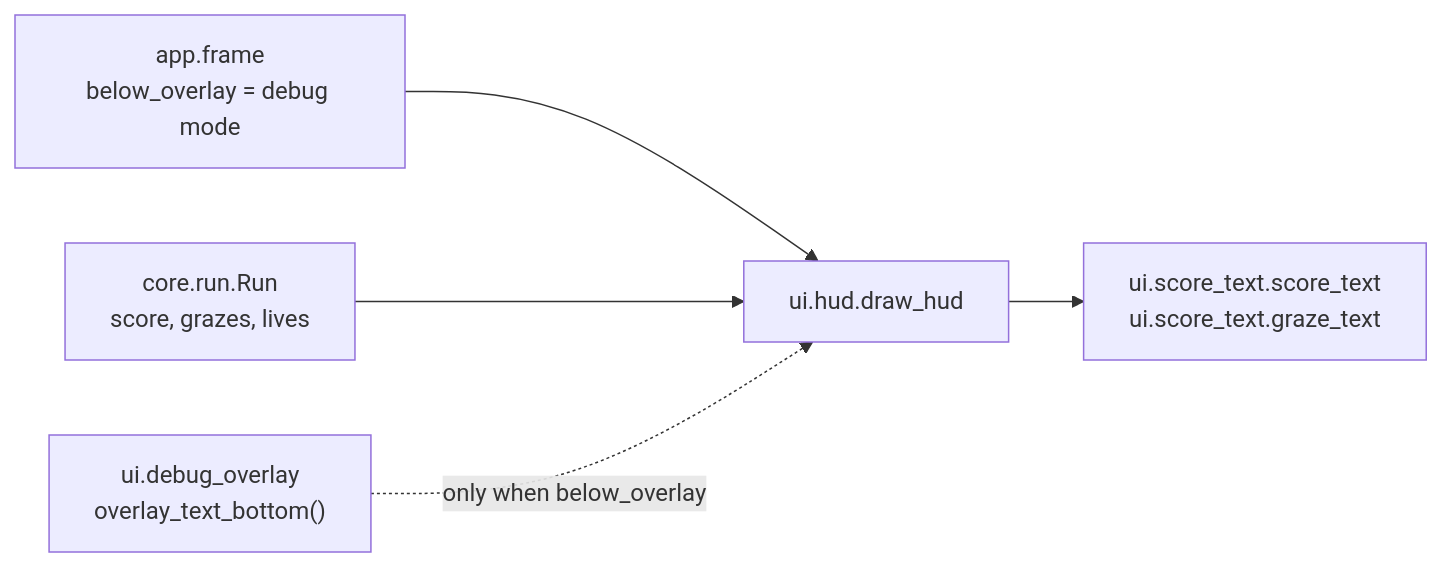
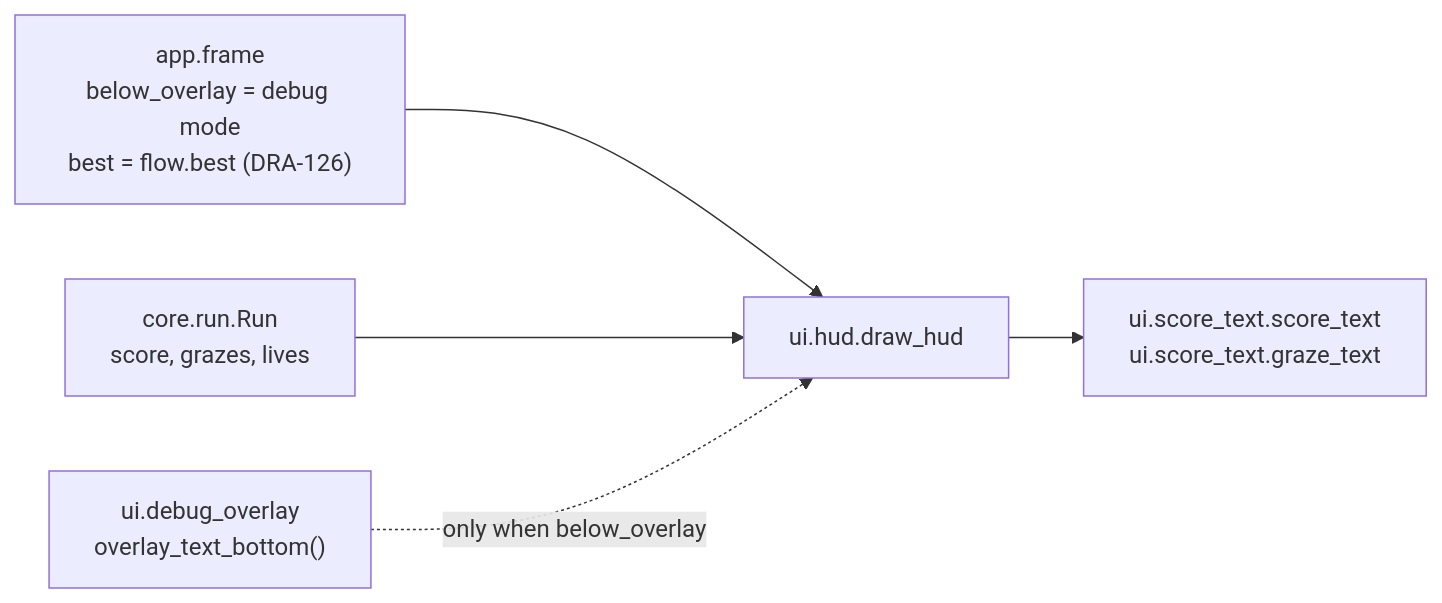
Before and after one commit to david-mntl/driftward-ace: the diagram in docs/contracts/systems/hud.md, drawn with Mermaid. The commit also changed other lines of this file and 21 other files, not shown here.

````diff
--- a/docs/contracts/systems/hud.md
+++ b/docs/contracts/systems/hud.md
@@ -44,7 +44,7 @@
 ```mermaid
 flowchart LR
-  APP["app.frame<br/>below_overlay = debug mode"] --> H["ui.hud.draw_hud"]
+  APP["app.frame<br/>below_overlay = debug mode<br/>best = flow.best (DRA-126)"] --> H["ui.hud.draw_hud"]
   R["core.run.Run<br/>score, grazes, lives"] --> H
   H --> T["ui.score_text.score_text<br/>ui.score_text.graze_text"]
   O["ui.debug_overlay<br/>overlay_text_bottom()"] -. "only when below_overlay" .-> H
 ```
````
